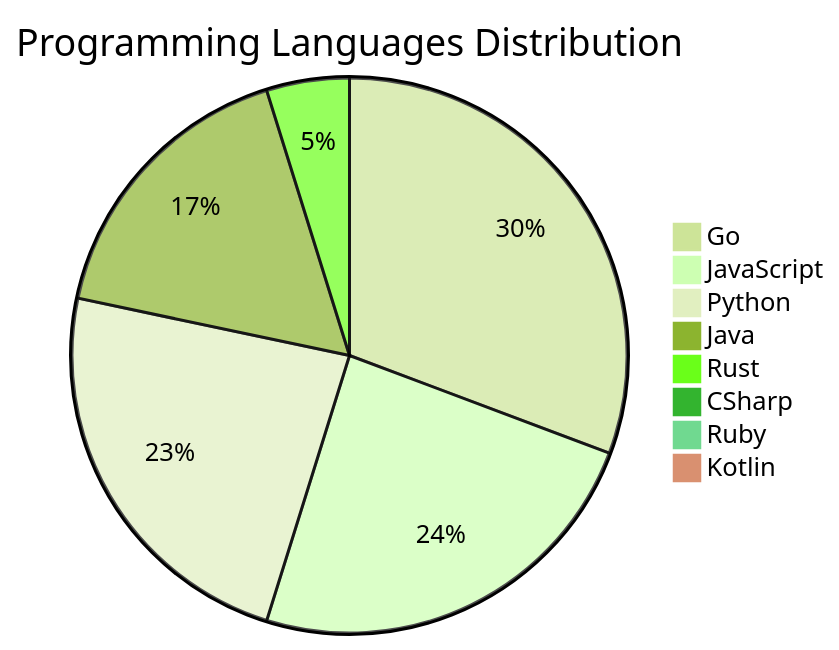
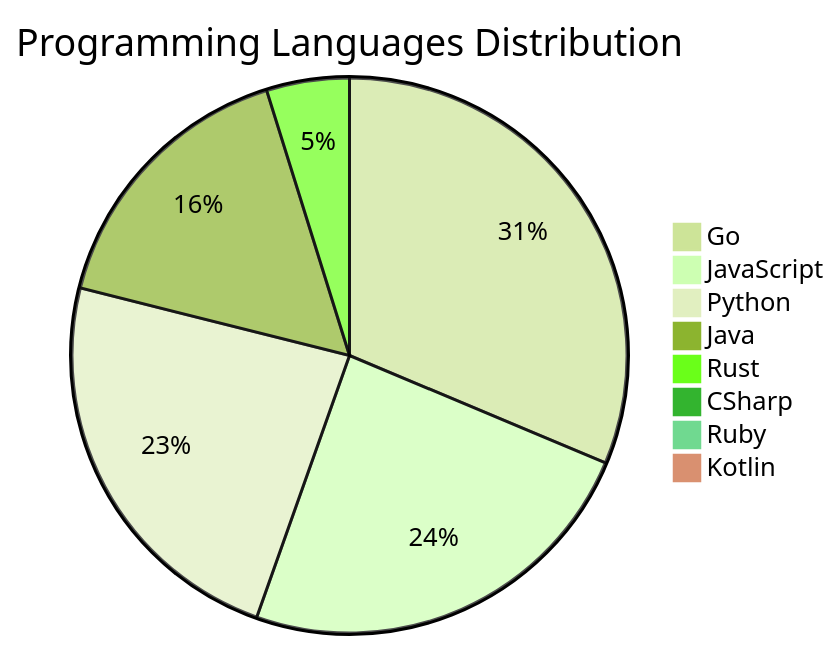
One commit to Derrick-MUGISHA/github-activity-bot changed the diagram in README.md. Above: the diagram before and after it, drawn with Mermaid (forest theme). The commit also changed other lines of this file and 4 other files, not shown here.

````diff
--- a/README.md
+++ b/README.md
@@ -209,11 +209,11 @@
 ```mermaid
 pie title Programming Languages Distribution
-    "Go" : 51
+    "Go" : 52
     "JavaScript" : 40
     "Python" : 39
-    "Java" : 28
+    "Java" : 27
     "Rust" : 8
     "CSharp" : 1
     "Ruby" : 1
     "Kotlin" : 1
 ```
````
